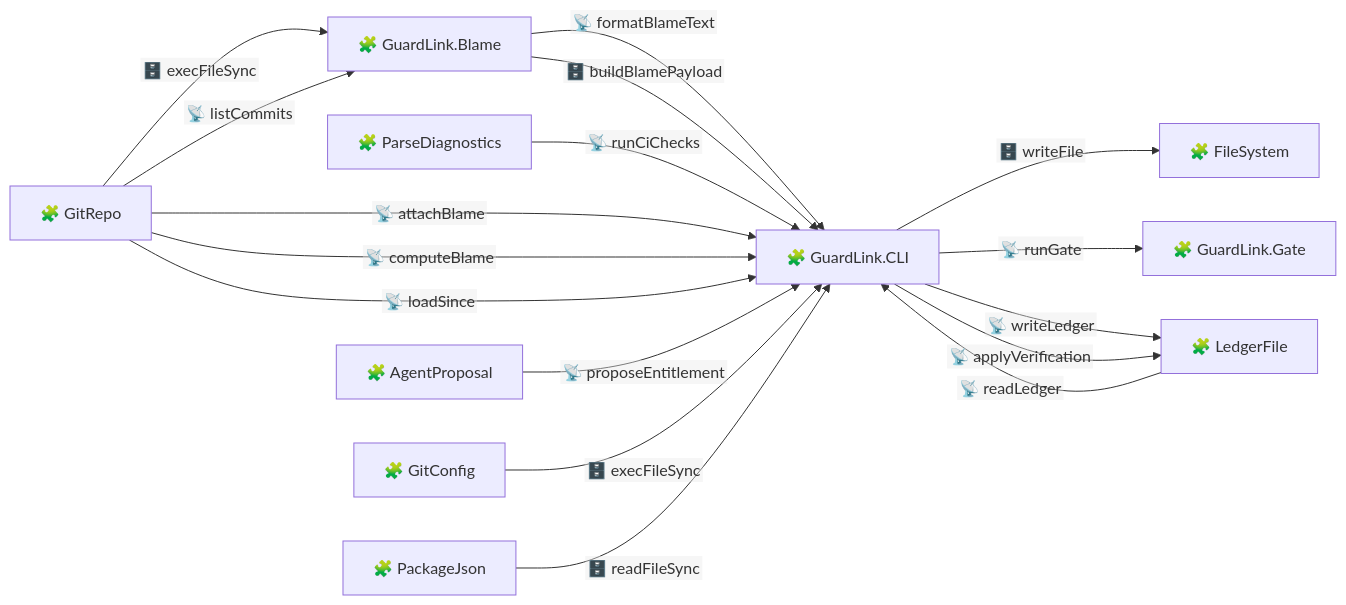
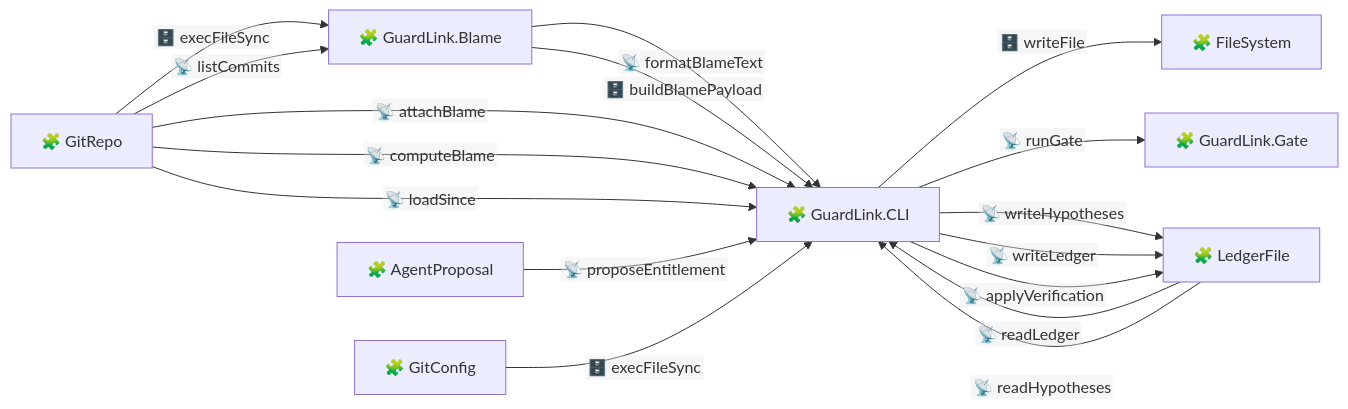
One commit to Bugb-Technologies/guardlink changed the diagram in .guardlink/graph/by-asset/cli.flows.mmd. Above: the diagram before and after it, drawn with Mermaid. The commit also changed 57 other files, not shown here.

```diff
--- a/.guardlink/graph/by-asset/cli.flows.mmd
+++ b/.guardlink/graph/by-asset/cli.flows.mmd
@@ -1,39 +1,37 @@
 %% GENERATED FILE — do not edit. Regenerate with: guardlink artifacts .
 %% artifact:        by-asset/cli.flows.mmd
-%% scope:           PARTIAL — #cli and its flow neighbourhood, grown until the drawing stopped fitting — 14 neighbour(s) one hop out are not shown
-%% annotation_hash: sha256-v3:b10b9b82814d10eaf5e208ad2519d24f8932b6a85e33cb74b1a69295f5acb212
+%% scope:           PARTIAL — #cli and its flow neighbourhood, grown until the drawing stopped fitting — 17 neighbour(s) one hop out are not shown
+%% annotation_hash: sha256-v3:ca74b92523750363f251957f3d2b050a6022493c649939fcbdb63ffea13faa0b
 %% generator:       guardlink@2.0.0
 %% ---
 %% This diagram is derived from the annotations in this repository. If
 %% annotation_hash above differs from what `guardlink status .` reports, the
 %% diagram is STALE — regenerate rather than trusting it.
 %% When it was generated and at which commit: ask git. Those move for reasons
 %% unrelated to the diagram, so they are reported at emission time, not stored.
 %%{init: {"flowchart": {"nodeSpacing": 44, "rankSpacing": 58, "curve": "basis", "htmlLabels": false}}}%%
 graph LR
   blame["🧩 GuardLink.Blame"]
   cli["🧩 GuardLink.CLI"]
   gitrepo["🧩 GitRepo"]
-  parsediagnostics["🧩 ParseDiagnostics"]
   ledgerfile["🧩 LedgerFile"]
   filesystem["🧩 FileSystem"]
   gate["🧩 GuardLink.Gate"]
   agentproposal["🧩 AgentProposal"]
   gitconfig["🧩 GitConfig"]
-  packagejson["🧩 PackageJson"]
   blame -- "📡 formatBlameText" --> cli
   gitrepo -- "🗄️ execFileSync" --> blame
   gitrepo -- "📡 listCommits" --> blame
   blame -- "🗄️ buildBlamePayload" --> cli
-  parsediagnostics -- "📡 runCiChecks" --> cli
   ledgerfile -- "📡 readLedger" --> cli
   cli -- "🗄️ writeFile" --> filesystem
   gitrepo -- "📡 attachBlame" --> cli
+  ledgerfile -- "📡 readHypotheses" --> cli
   gitrepo -- "📡 computeBlame" --> cli
   cli -- "📡 runGate" --> gate
   gitrepo -- "📡 loadSince" --> cli
+  cli -- "📡 writeHypotheses" --> ledgerfile
   cli -- "📡 writeLedger" --> ledgerfile
   cli -- "📡 applyVerification" --> ledgerfile
   agentproposal -- "📡 proposeEntitlement" --> cli
   gitconfig -- "🗄️ execFileSync" --> cli
-  packagejson -- "🗄️ readFileSync" --> cli
```
